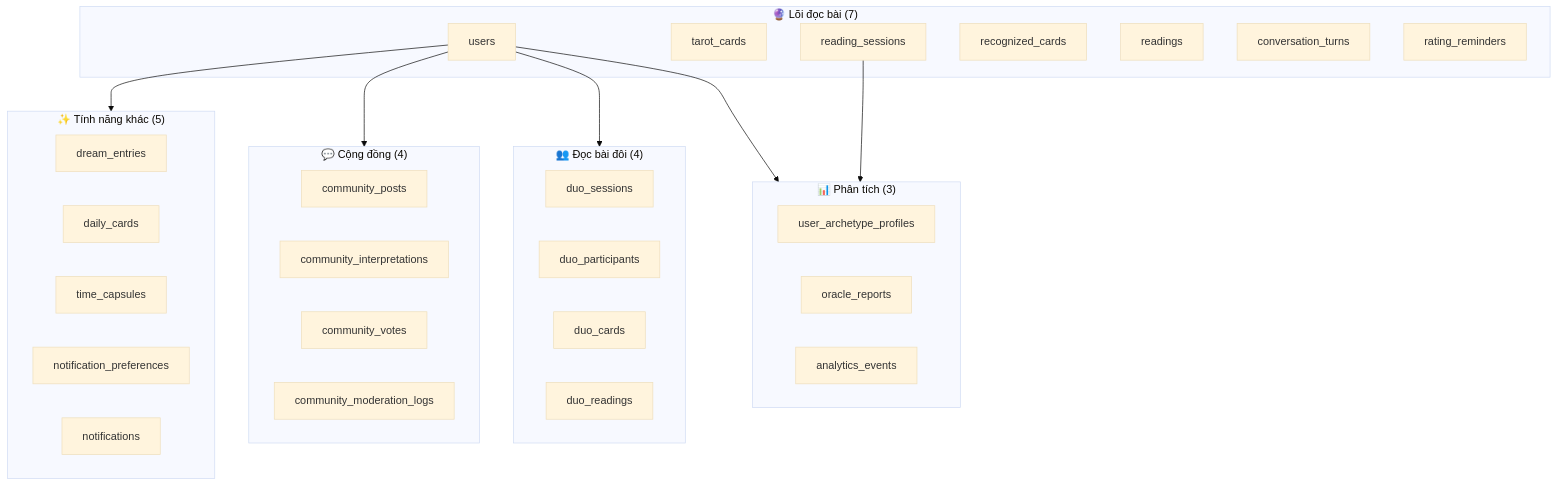
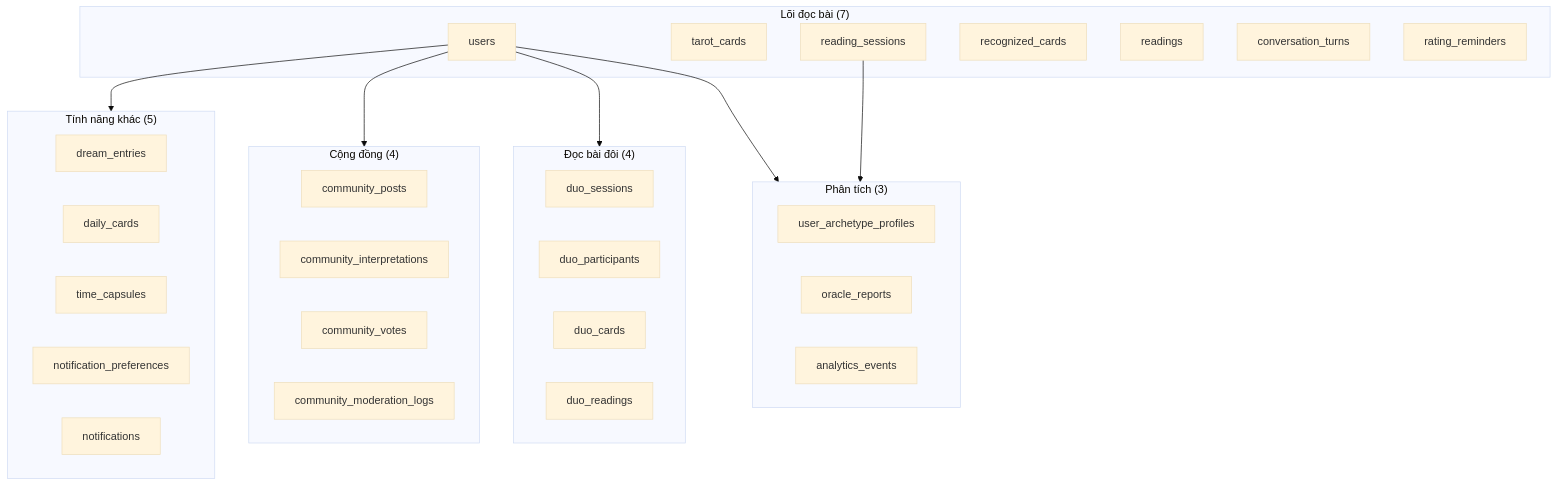
Before and after one commit to 0x-mpkane6/catarot: the seventh of 11 diagrams in docs/SO-DO-KIEN-TRUC.md, drawn with Mermaid (base theme). The commit also changed other lines of this file and 31 other files, not shown here.

````diff
--- a/docs/SO-DO-KIEN-TRUC.md
+++ b/docs/SO-DO-KIEN-TRUC.md
@@ -209,42 +222,42 @@
 ```mermaid
 flowchart TB
-    subgraph C1["🔮 Lõi đọc bài (7)"]
+    subgraph C1["Lõi đọc bài (7)"]
         users
         tarot_cards
         reading_sessions
         recognized_cards
         readings
         conversation_turns
         rating_reminders
     end
-    subgraph C2["📊 Phân tích (3)"]
+    subgraph C2["Phân tích (3)"]
         user_archetype_profiles
         oracle_reports
         analytics_events
     end
-    subgraph C3["👥 Đọc bài đôi (4)"]
+    subgraph C3["Đọc bài đôi (4)"]
         duo_sessions
         duo_participants
         duo_cards
         duo_readings
     end
-    subgraph C4["💬 Cộng đồng (4)"]
+    subgraph C4["Cộng đồng (4)"]
         community_posts
         community_interpretations
         community_votes
         community_moderation_logs
     end
-    subgraph C5["✨ Tính năng khác (5)"]
+    subgraph C5["Tính năng khác (5)"]
         dream_entries
         daily_cards
         time_capsules
         notification_preferences
         notifications
     end
 
     users --> C2
     users --> C3
     users --> C4
     users --> C5
     reading_sessions --> C2
 ```
````
